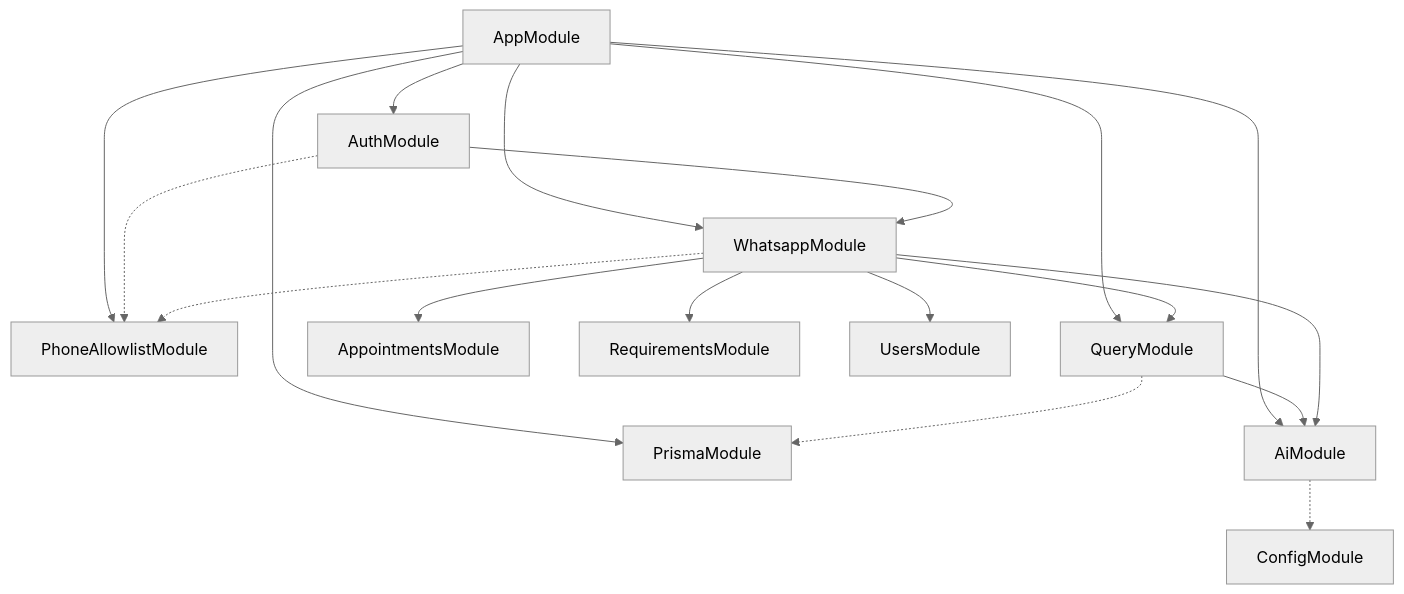
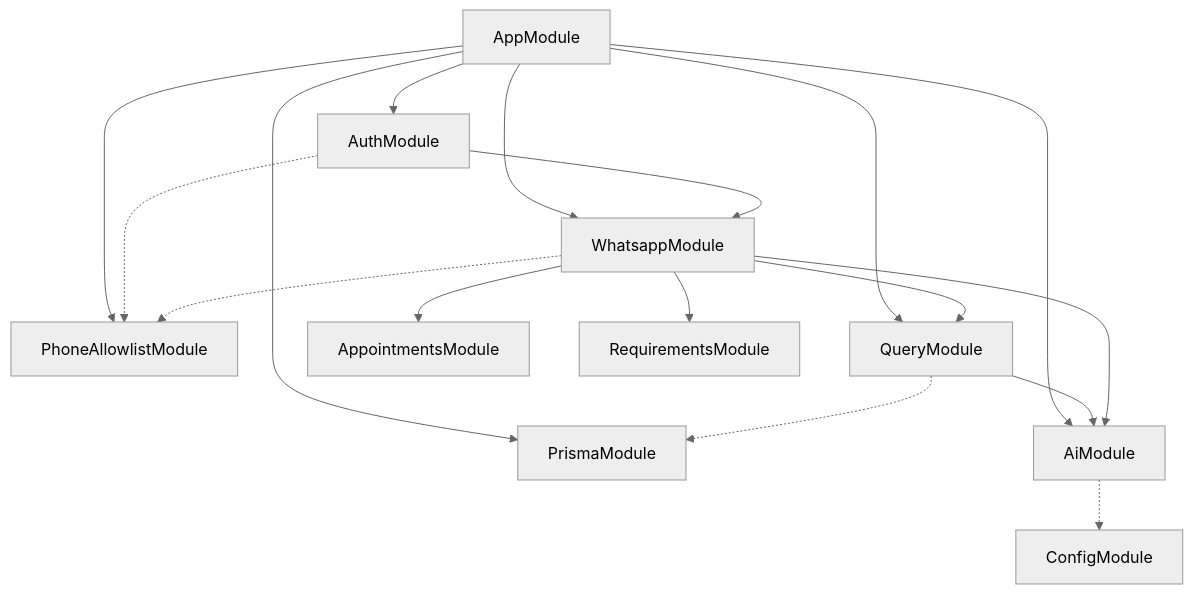
One commit to stavbarak/medflow-ai changed the first of 2 diagrams in summaries/nestjs-technology-and-modules.md. Above: the diagram before and after it, drawn with Mermaid (neutral theme). The commit also changed other lines of this file and 5 other files, not shown here.

````diff
--- a/summaries/nestjs-technology-and-modules.md
+++ b/summaries/nestjs-technology-and-modules.md
@@ -172,22 +172,21 @@
 ```mermaid
 flowchart TB
   AppModule --> PrismaModule
   AppModule --> PhoneAllowlistModule
   AppModule --> AuthModule
   AppModule --> WhatsappModule
   AppModule --> QueryModule
   AppModule --> AiModule
 
   QueryModule --> AiModule
   WhatsappModule --> AiModule
   WhatsappModule --> QueryModule
   WhatsappModule --> AppointmentsModule
   WhatsappModule --> RequirementsModule
-  WhatsappModule --> UsersModule
   AuthModule --> WhatsappModule
 
   AuthModule -.-> PhoneAllowlistModule
   WhatsappModule -.-> PhoneAllowlistModule
   QueryModule -.-> PrismaModule
   AiModule -.-> ConfigModule
 ```
````
